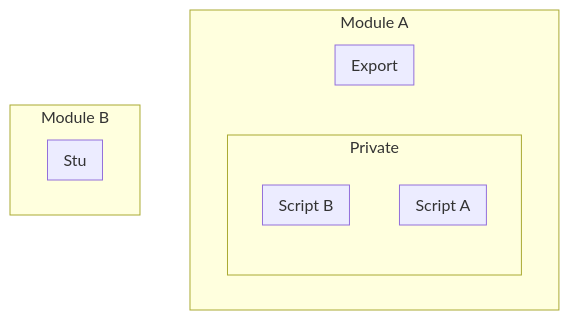
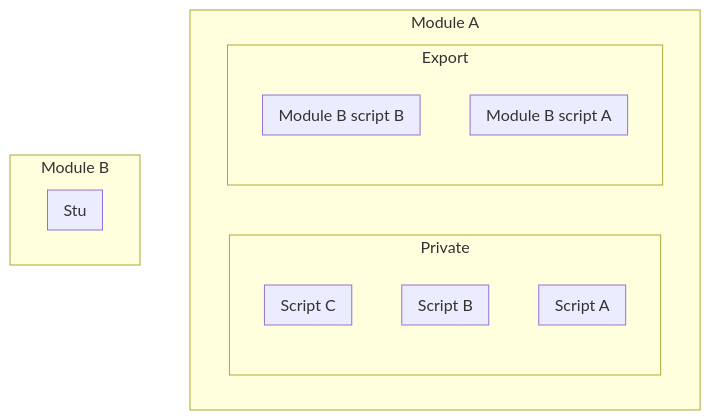
One commit to CloudChi/FX-Framework changed the diagram in Script Dependencies.md. Above: the diagram before and after it, drawn with Mermaid.

Commit message:
Update Script Dependencies.md

````diff
--- a/Script Dependencies.md
+++ b/Script Dependencies.md
@@ -3,18 +3,24 @@
 ```mermaid
 flowchart TB
   subgraph Module A
     subgraph Private
       subgraph Script A
       end
       subgraph Script B
       end
+      subgraph Script C
+      end      
     end
     subgraph Export
+      subgraph Module B script A
+      end
+      subgraph Module B script B
+      end
     end
   end
   
   subgraph Module B
   subgraph Stu
   end
   end
 ```
````
